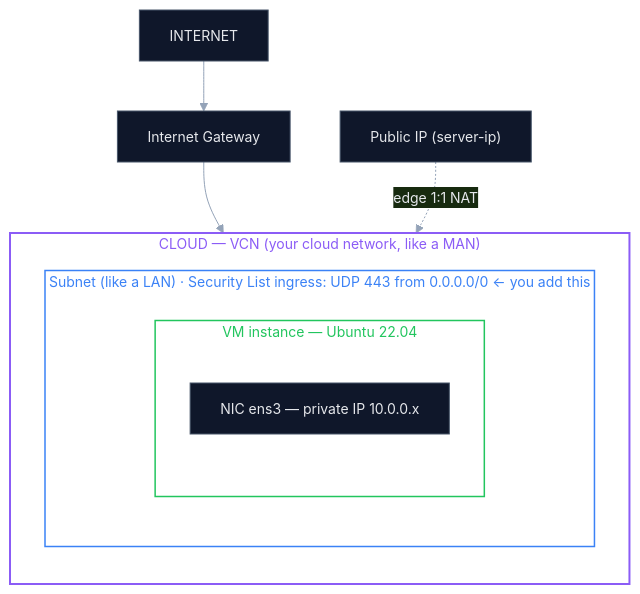
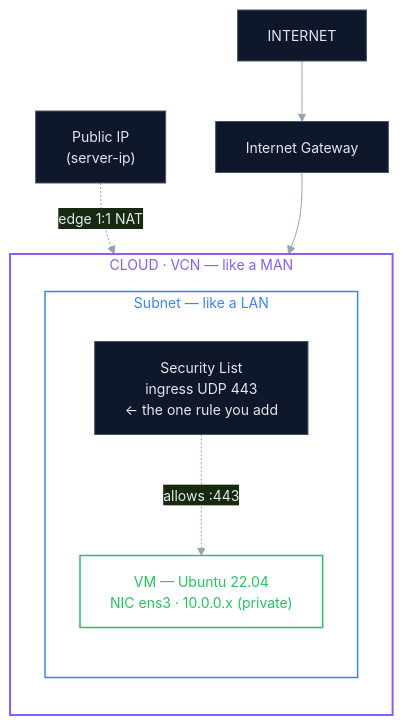
One commit to codereyinish/ColdVPN changed the diagram in server/CREATE-VM.md. Above: the diagram before and after it, drawn with Mermaid.

Commit message:
CREATE-VM diagram: de-congest — Security List as its own node, ens3 folded into VM, shorter labels

````diff
--- a/server/CREATE-VM.md
+++ b/server/CREATE-VM.md
@@ -17,23 +17,22 @@
 ```mermaid
 %%{init: {'theme':'base','themeVariables':{'primaryColor':'#0f172a','primaryTextColor':'#e5e7eb','primaryBorderColor':'#475569','lineColor':'#94a3b8','fontSize':'14px'}}}%%
 flowchart TD
     Net["INTERNET"] --> IGW["Internet Gateway"]
     IGW --> VCN
 
-    subgraph VCN["CLOUD — VCN (your cloud network, like a MAN)"]
+    subgraph VCN["CLOUD · VCN — like a MAN"]
         direction TB
-        subgraph SUB["Subnet (like a LAN) · Security List ingress: UDP 443 from 0.0.0.0/0 ← you add this"]
+        subgraph SUB["Subnet — like a LAN"]
             direction TB
-            subgraph VM["VM instance — Ubuntu 22.04"]
-                direction TB
-                ENS3["NIC ens3 — private IP 10.0.0.x"]
-            end
+            SL["Security List<br/>ingress UDP 443<br/>← the one rule you add"]
+            VM["VM — Ubuntu 22.04<br/>NIC ens3 · 10.0.0.x (private)"]
+            SL -.->|"allows :443"| VM
         end
     end
 
-    PUB["Public IP (server-ip)"] -. "edge 1:1 NAT" .-> VM
+    PUB["Public IP<br/>(server-ip)"] -. "edge 1:1 NAT" .-> VM
 
     style VCN fill:none,stroke:#8b5cf6,stroke-width:2px,color:#8b5cf6
     style SUB fill:none,stroke:#3b82f6,stroke-width:1.5px,color:#3b82f6
     style VM fill:none,stroke:#22c55e,stroke-width:1.5px,color:#22c55e
 ```
````
